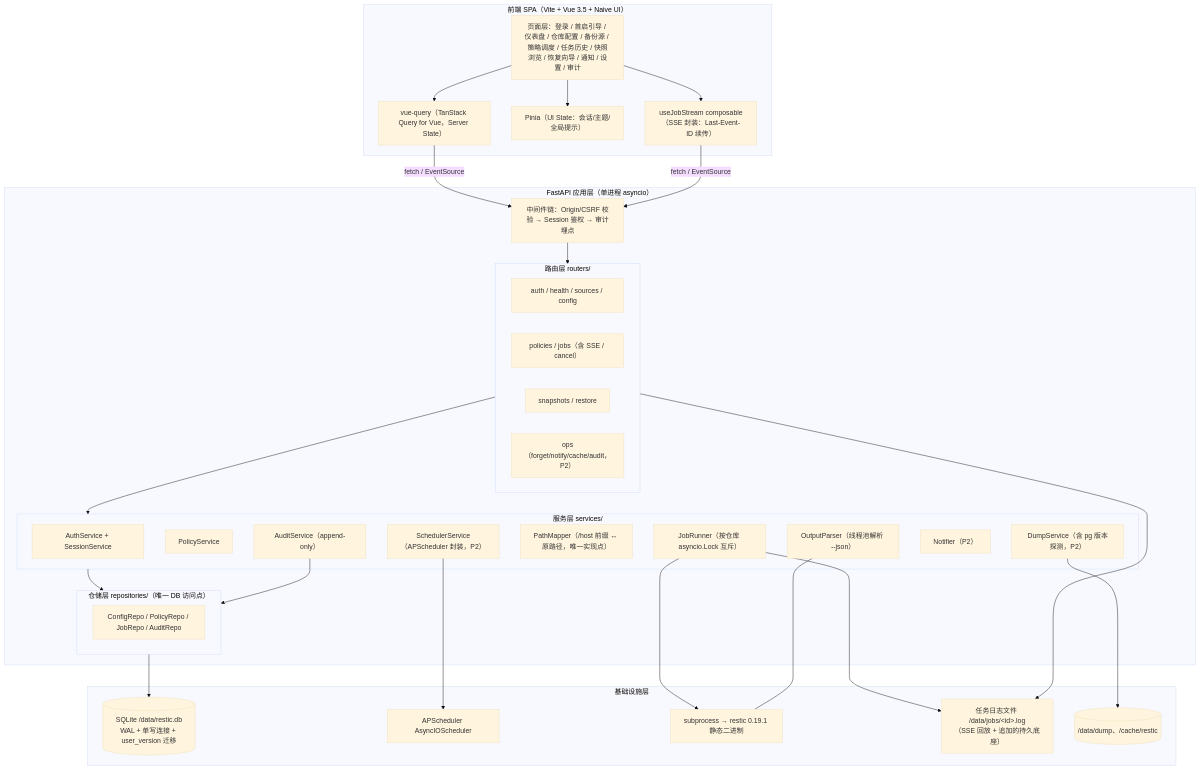
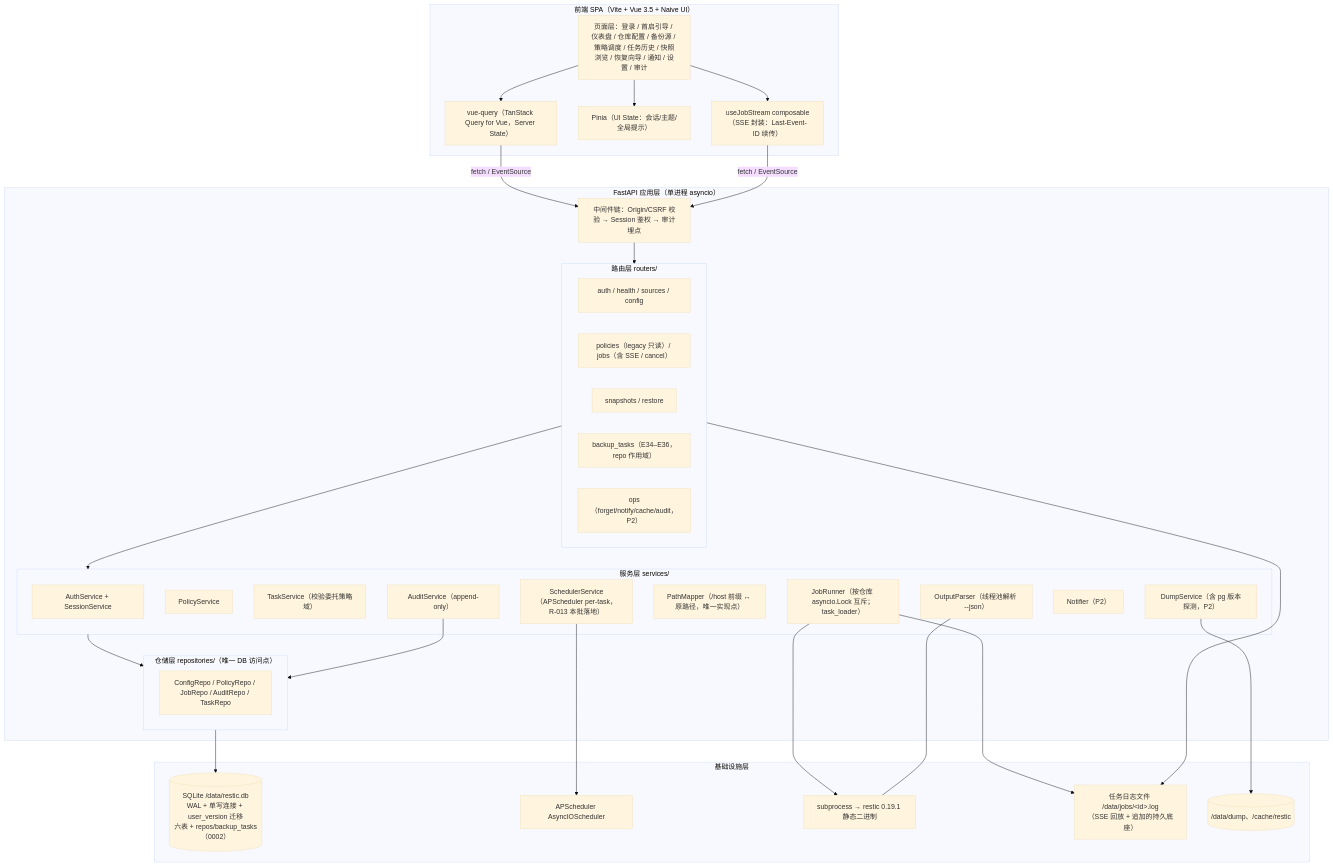
Before and after one commit to dolphin738/restic-docker-backup: the first of 11 diagrams in web版/docs/架构设计文档.md, drawn with Mermaid (base theme). The commit also changed other lines of this file, not shown here.

````diff
--- a/web版/docs/架构设计文档.md
+++ b/web版/docs/架构设计文档.md
@@ -15,55 +18,57 @@
 ```mermaid
 graph TB
     subgraph FE["前端 SPA（Vite + Vue 3.5 + Naive UI）"]
         PAGES["页面层：登录 / 首启引导 / 仪表盘 / 仓库配置 / 备份源 / 策略调度 / 任务历史 / 快照浏览 / 恢复向导 / 通知 / 设置 / 审计"]
         QUERY["vue-query（TanStack Query for Vue，Server State）"]
         ZS["Pinia（UI State：会话/主题/全局提示）"]
         SSECLI["useJobStream composable（SSE 封装：Last-Event-ID 续传）"]
     end
 
     subgraph APP["FastAPI 应用层（单进程 asyncio）"]
         MW["中间件链：Origin/CSRF 校验 → Session 鉴权 → 审计埋点"]
         subgraph RT["路由层 routers/"]
             R1["auth / health / sources / config"]
-            R2["policies / jobs（含 SSE / cancel）"]
+            R2["policies（legacy 只读）/ jobs（含 SSE / cancel）"]
             R3["snapshots / restore"]
-            R4["ops（forget/notify/cache/audit，P2）"]
+            R4["backup_tasks（E34–E36，repo 作用域）"]
+            R5["ops（forget/notify/cache/audit，P2）"]
         end
         subgraph SVC["服务层 services/"]
             S1["AuthService + SessionService"]
             S2["PolicyService"]
-            S3["JobRunner（按仓库 asyncio.Lock 互斥）"]
+            S2b["TaskService（校验委托策略域）"]
+            S3["JobRunner（按仓库 asyncio.Lock 互斥；task_loader）"]
             S4["OutputParser（线程池解析 --json）"]
             S5["PathMapper（/host 前缀 ↔ 原路径，唯一实现点）"]
-            S6["SchedulerService（APScheduler 封装，P2）"]
+            S6["SchedulerService（APScheduler per-task，R-013 本批落地）"]
             S7["DumpService（含 pg 版本探测，P2）"]
             S8["Notifier（P2）"]
             S9["AuditService（append-only）"]
         end
         subgraph REPO["仓储层 repositories/（唯一 DB 访问点）"]
-            RP["ConfigRepo / PolicyRepo / JobRepo / AuditRepo"]
+            RP["ConfigRepo / PolicyRepo / JobRepo / AuditRepo / TaskRepo"]
         end
     end
 
     subgraph INFRA["基础设施层"]
-        DB[("SQLite /data/restic.db<br/>WAL + 单写连接 + user_version 迁移")]
+        DB[("SQLite /data/restic.db<br/>WAL + 单写连接 + user_version 迁移<br/>六表 + repos/backup_tasks（0002）")]
         APS["APScheduler AsyncIOScheduler"]
         SP["subprocess → restic 0.19.1 静态二进制"]
         LOGF["任务日志文件 /data/jobs/&lt;id&gt;.log<br/>（SSE 回放 + 追加的持久底座）"]
         FS[("/data/dump、/cache/restic")]
     end
 
     PAGES --> QUERY & ZS & SSECLI
     QUERY & SSECLI -->|"fetch / EventSource"| MW
     MW --> RT
     RT --> SVC
     SVC --> REPO
     REPO --> DB
     S3 --> SP
     S4 --- SP
     S3 --> LOGF
     RT --> LOGF
     S6 --> APS
     S7 --> FS
     S9 --> REPO
 ```
````
